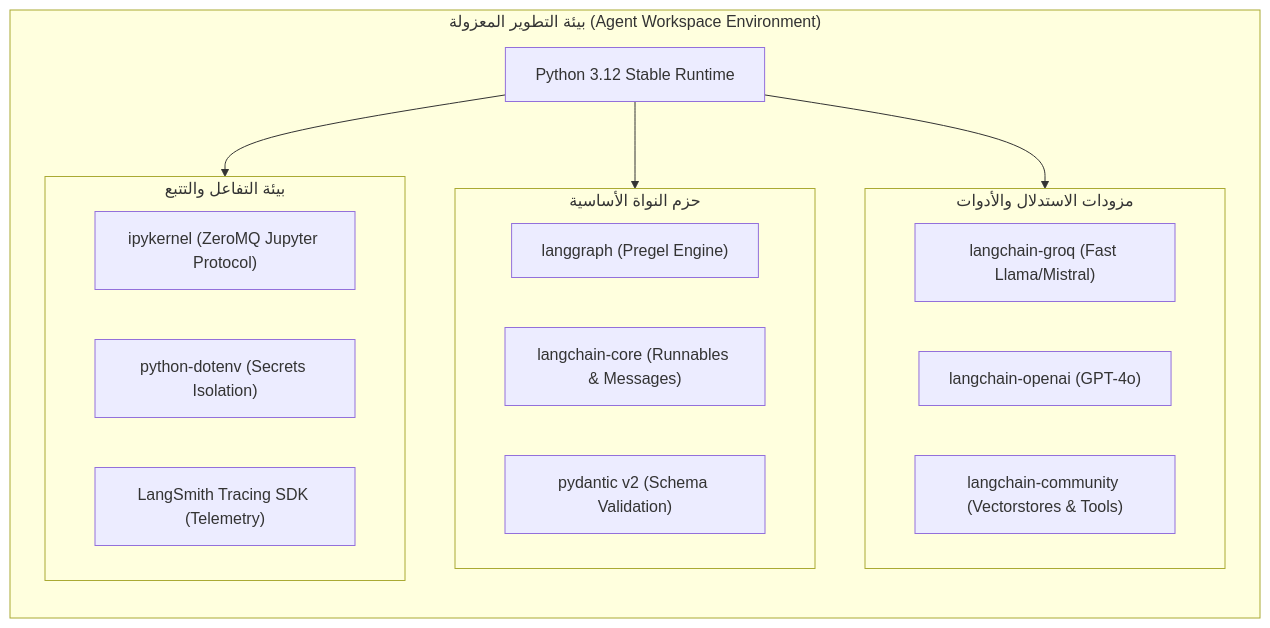
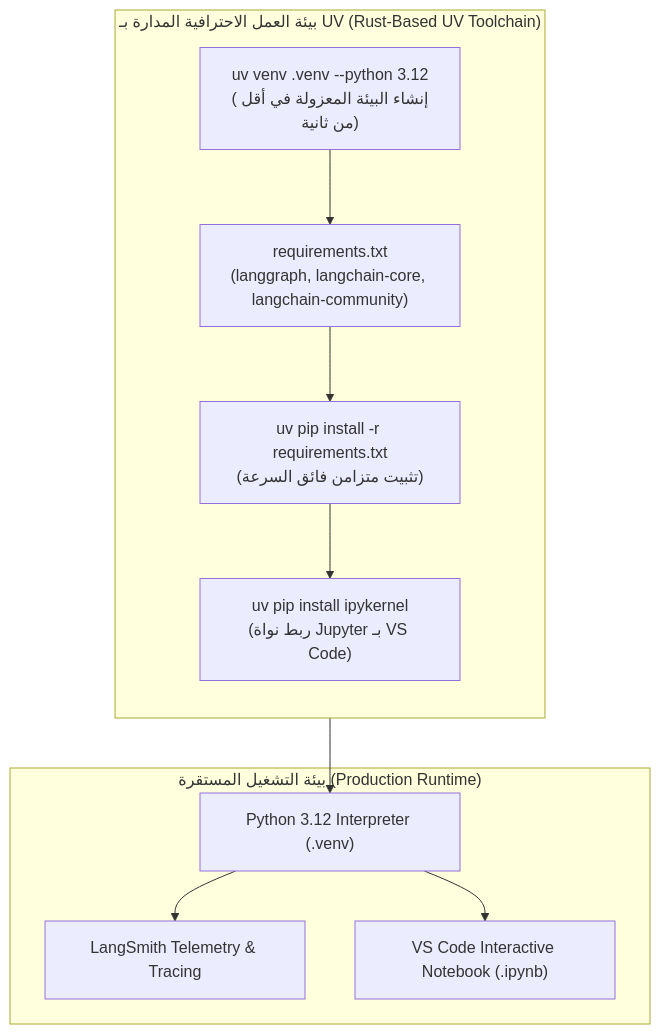
One commit to ali-abofouda/RAG-Mastery changed the diagram in docs/10-langgraph-fundamentals/02-langgraph-environment-and-telemetry-master-guide.md. Above: the diagram before and after it, drawn with Mermaid. The commit also changed other lines of this file and 3 other files, not shown here.

Commit message:
refactor(stage-10): standardize lecture 69 environment setup around fast uv package manager

````diff
--- a/docs/10-langgraph-fundamentals/02-langgraph-environment-and-telemetry-master-guide.md
+++ b/docs/10-langgraph-fundamentals/02-langgraph-environment-and-telemetry-master-guide.md
@@ -19,26 +24,22 @@
 ```mermaid
 flowchart TD
-    subgraph DevEnvironment["بيئة التطوير المعزولة (Agent Workspace Environment)"]
+    subgraph UV_Engine["بيئة العمل الاحترافية المدارة بـ UV (Rust-Based UV Toolchain)"]
         direction TB
-        Py["Python 3.12 Stable Runtime"]
-        subgraph CoreLibs["حزم النواة الأساسية"]
-            LG["langgraph (Pregel Engine)"]
-            LC_Core["langchain-core (Runnables & Messages)"]
-            Pyd["pydantic v2 (Schema Validation)"]
-        end
-        subgraph Providers["مزودات الاستدلال والأدوات"]
-            GroqClient["langchain-groq (Fast Llama/Mistral)"]
-            OpenAIClient["langchain-openai (GPT-4o)"]
-            Community["langchain-community (Vectorstores & Tools)"]
-        end
-        subgraph Tooling["بيئة التفاعل والتتبع"]
-        IPY["ipykernel (ZeroMQ Jupyter Protocol)"]
-        DotEnv["python-dotenv (Secrets Isolation)"]
-        LangSmith["LangSmith Tracing SDK (Telemetry)"]
-        end
+        UV_Init["uv venv .venv --python 3.12<br>(إنشاء البيئة المعزولة في أقل من ثانية)"]
+        Req["requirements.txt<br>(langgraph, langchain-core, langchain-community)"]
+        UV_Install["uv pip install -r requirements.txt<br>(تثبيت متزامن فائق السرعة)"]
+        Kernel["uv pip install ipykernel<br>(ربط نواة Jupyter بـ VS Code)"]
+        
+        UV_Init --> Req --> UV_Install --> Kernel
     end
 
-    Py --> CoreLibs
-    Py --> Providers
-    Py --> Tooling
+    subgraph Runtime["بيئة التشغيل المستقرة (Production Runtime)"]
+        Py312["Python 3.12 Interpreter (.venv)"]
+        Telemetry["LangSmith Telemetry & Tracing"]
+        VSCode["VS Code Interactive Notebook (.ipynb)"]
+    end
+
+    Kernel --> Py312
+    Py312 --> Telemetry
+    Py312 --> VSCode
 ```
````
